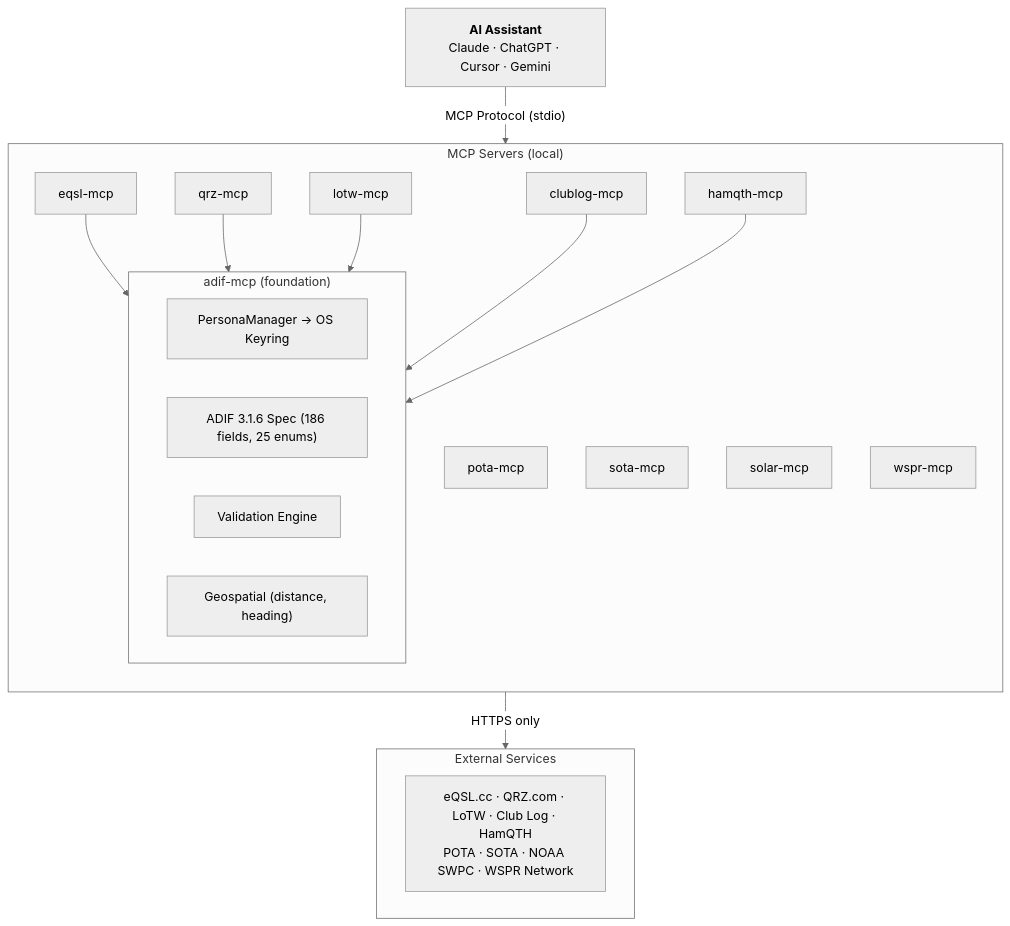
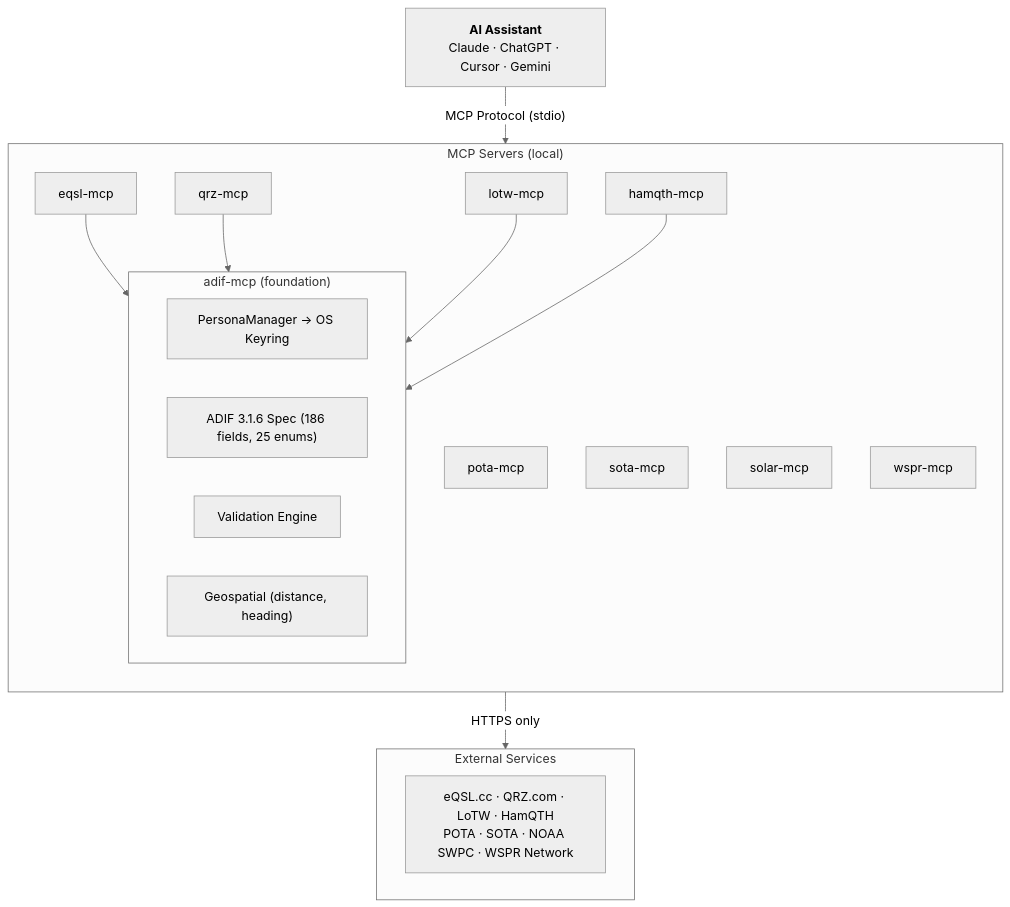
One commit to qso-graph/qso-graph.github.io changed the diagram in docs/architecture.md. Above: the diagram before and after it, drawn with Mermaid (neutral theme). The commit also changed other lines of this file and 9 other files, not shown here.

First line of the commit message:
Remove all clublog-mcp references — project deleted

````diff
--- a/docs/architecture.md
+++ b/docs/architecture.md
@@ -9,33 +9,32 @@
 ```mermaid
 graph TD
     AI["<b>AI Assistant</b><br/>Claude · ChatGPT · Cursor · Gemini"]
     AI -->|"MCP Protocol (stdio)"| Servers
 
     subgraph Servers["MCP Servers (local)"]
         direction TB
         eqsl["eqsl-mcp"]
         qrz["qrz-mcp"]
         lotw["lotw-mcp"]
-        clublog["clublog-mcp"]
         hamqth["hamqth-mcp"]
         pota["pota-mcp"]
         sota["sota-mcp"]
         solar["solar-mcp"]
         wspr["wspr-mcp"]
 
         subgraph Foundation["adif-mcp (foundation)"]
             persona["PersonaManager → OS Keyring"]
             spec["ADIF 3.1.6 Spec (186 fields, 25 enums)"]
             valid["Validation Engine"]
             geo["Geospatial (distance, heading)"]
         end
 
-        eqsl & qrz & lotw & clublog & hamqth --> Foundation
+        eqsl & qrz & lotw & hamqth --> Foundation
     end
 
     Servers -->|"HTTPS only"| Services
 
     subgraph Services["External Services"]
-        svc["eQSL.cc · QRZ.com · LoTW · Club Log · HamQTH<br/>POTA · SOTA · NOAA SWPC · WSPR Network"]
+        svc["eQSL.cc · QRZ.com · LoTW · HamQTH<br/>POTA · SOTA · NOAA SWPC · WSPR Network"]
     end
 ```
````
